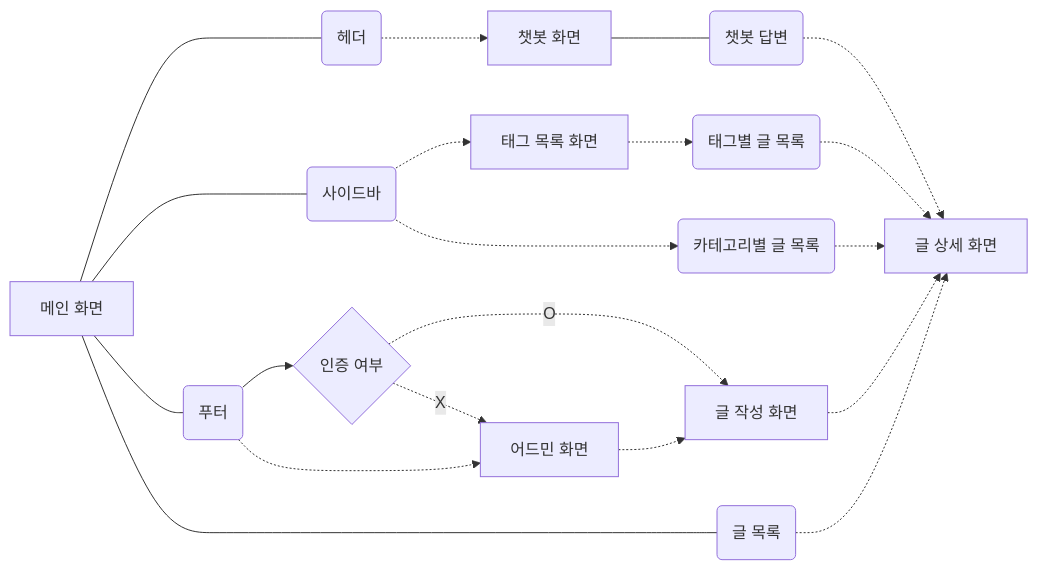
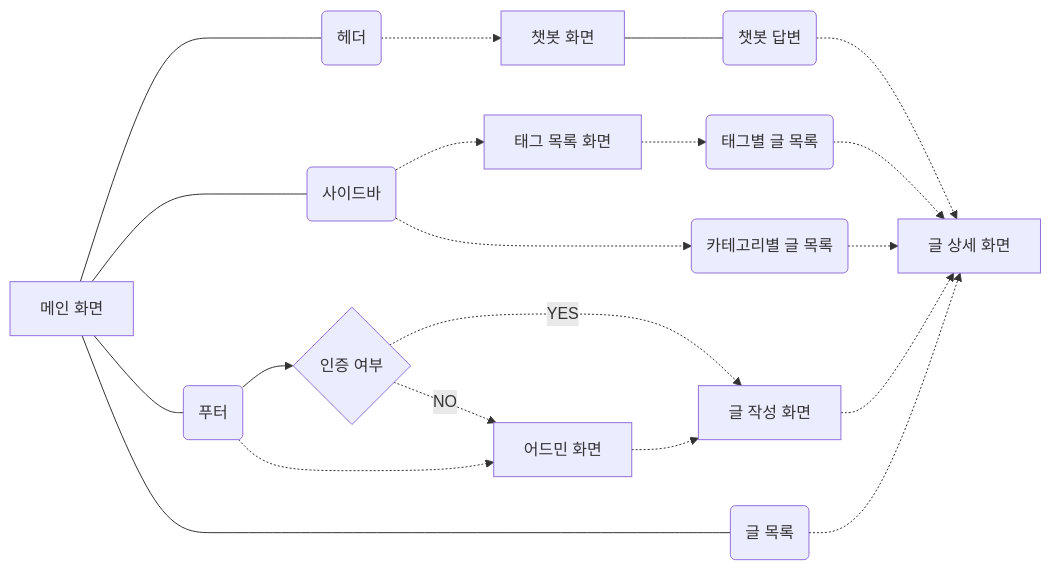
The first of 2 diagrams in README.md (shinhojung814/my-blog-chat), drawn with Mermaid before and after one commit. The commit also changed other lines of this file, not shown here.

````diff
--- a/README.md
+++ b/README.md
@@ -3,33 +3,33 @@
 ```mermaid
 flowchart LR
     Home[메인 화면]
     Header(헤더)
     Footer(푸터)
     Sidebar(사이드바)
     List(글 목록)
 
     Home --- Header
     Home --- Footer
     Home --- Sidebar
     Home --- List
 
     Create[글 작성 화면]
     Admin[어드민 화면]
     Chatbot[챗봇 화면]
     ChatbotResult(챗봇 답변)
     Detail[글 상세 화면]
     Authorize{인증 여부}
 
     TagList[태그 목록 화면]
     Tag(태그별 글 목록)
     Category(카테고리별 글 목록)
 
     Header -.-> Chatbot --- ChatbotResult -.-> Detail
     Sidebar -.-> TagList -.-> Tag -.-> Detail
     Sidebar -.-> Category -.-> Detail
-    Footer --> Authorize -.->|O| Create -.-> Detail
-    Authorize -.->|X|Admin
+    Footer --> Authorize -.->|YES|Create -.-> Detail
+    Authorize -.->|NO|Admin
     Footer -.-> Admin -.-> Create
 
     List -.-> Detail
 ```
````
